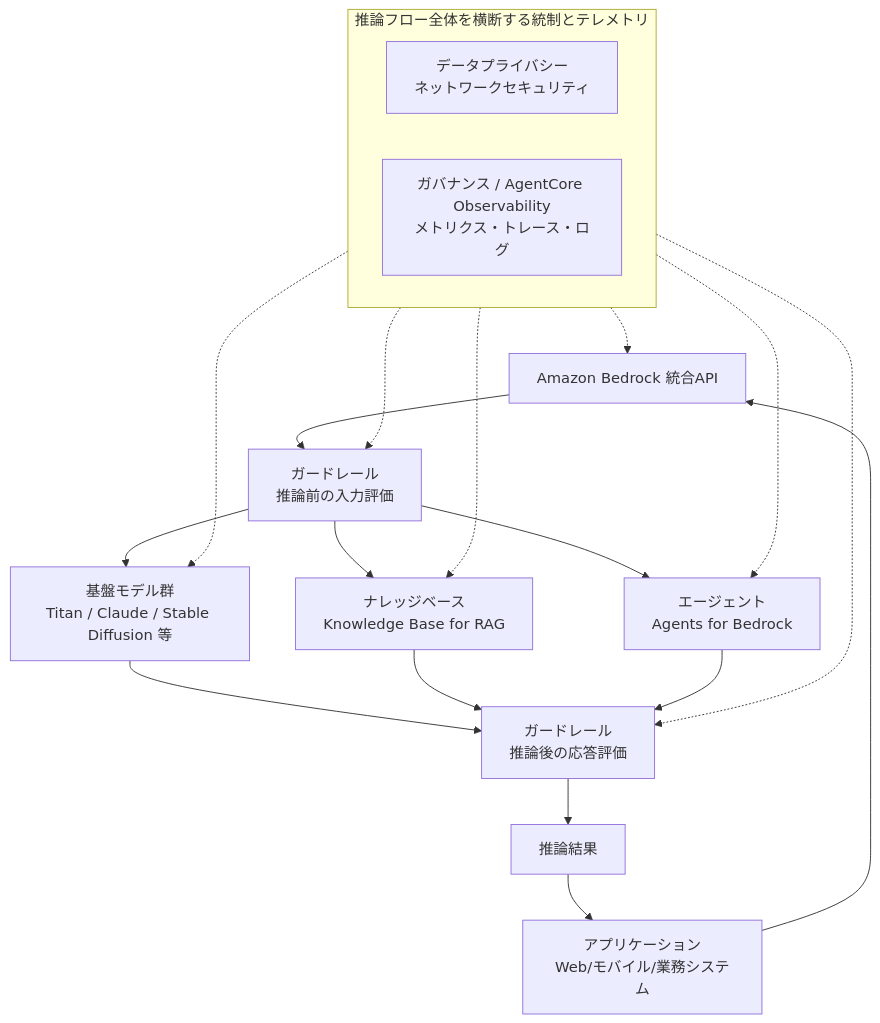
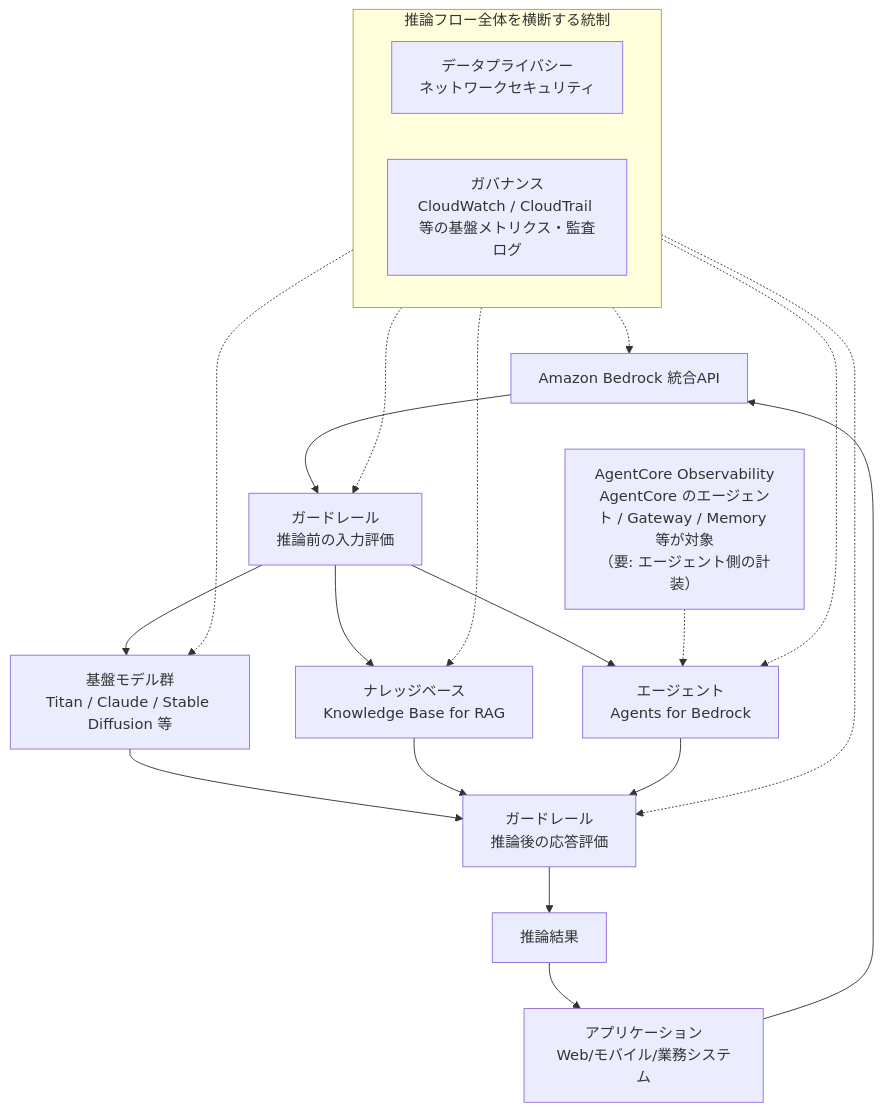
One commit to myoshi2891/Comparison-of-LLMs changed the ninth of 9 diagrams in Generative-ai-on-aws-guide.md. Above: the diagram before and after it, drawn with Mermaid. The commit also changed other lines of this file, not shown here.

Commit message:
docs(generative-ai-aws): update Bedrock diagram and clarify AgentCore Observability scope

````diff
--- a/Generative-ai-on-aws-guide.md
+++ b/Generative-ai-on-aws-guide.md
@@ -409,23 +409,25 @@
 ```mermaid
 flowchart TB
     A["アプリケーション<br/>Web/モバイル/業務システム"] --> B["Amazon Bedrock 統合API"]
     B --> GI["ガードレール<br/>推論前の入力評価"]
     GI --> C["基盤モデル群<br/>Titan / Claude / Stable Diffusion 等"]
     GI --> D["ナレッジベース<br/>Knowledge Base for RAG"]
     GI --> E["エージェント<br/>Agents for Bedrock"]
     C --> GO["ガードレール<br/>推論後の応答評価"]
     D --> GO
     E --> GO
     GO --> G["推論結果"]
     G --> A
-    subgraph X["推論フロー全体を横断する統制とテレメトリ"]
+    subgraph X["推論フロー全体を横断する統制"]
         H["データプライバシー<br/>ネットワークセキュリティ"]
-        I["ガバナンス / AgentCore Observability<br/>メトリクス・トレース・ログ"]
+        I["ガバナンス<br/>CloudWatch / CloudTrail 等の基盤メトリクス・監査ログ"]
     end
     X -.-> B
     X -.-> GI
     X -.-> C
     X -.-> D
     X -.-> E
     X -.-> GO
+    OBS["AgentCore Observability<br/>AgentCore のエージェント / Gateway / Memory 等が対象<br/>（要: エージェント側の計装）"]
+    OBS -.-> E
 ```
````
